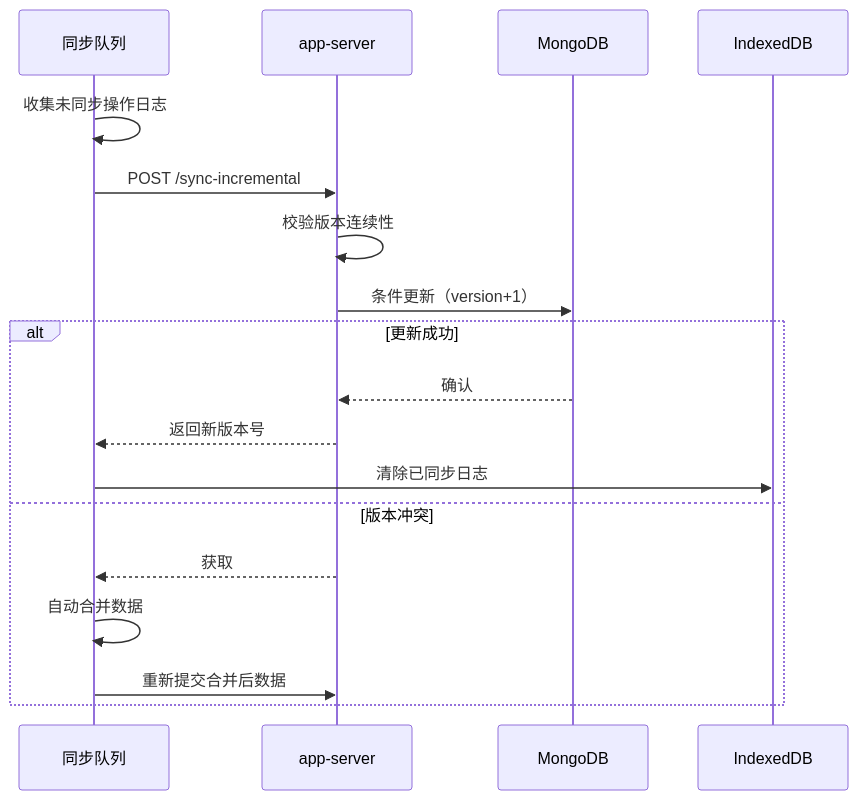
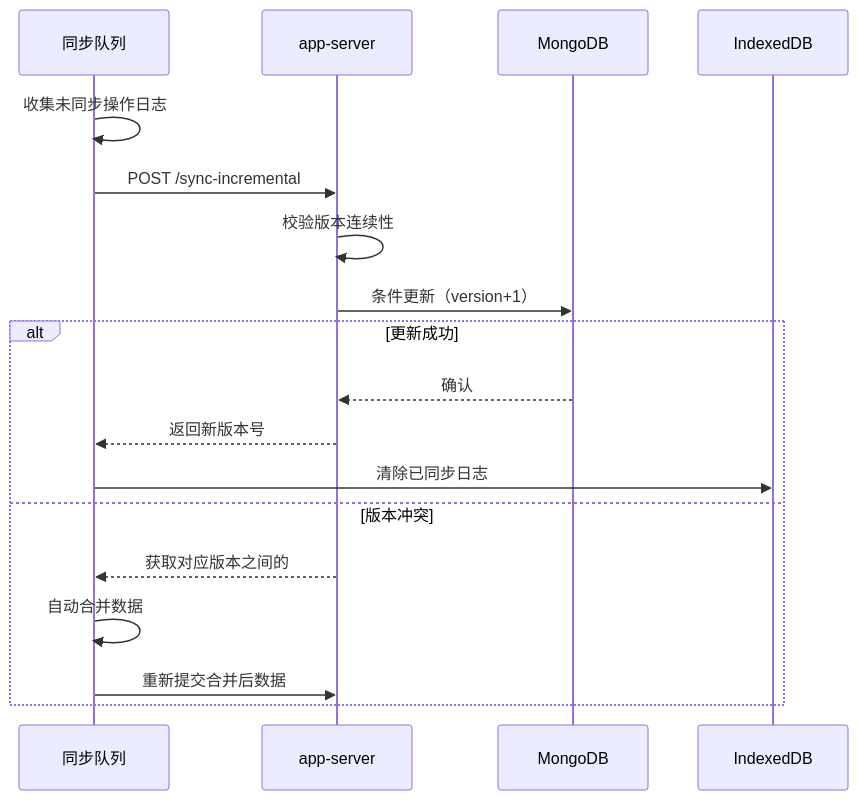
The diagram in all/未命名-24.md (yingjianzh/iodraw-files), drawn with Mermaid before and after one commit.

Commit message:
2025-02-24 10:49:40 update

````diff
--- a/all/未命名-24.md
+++ b/all/未命名-24.md
@@ -1,23 +1,23 @@
 ```mermaid
 
 sequenceDiagram
     participant 同步队列
     participant app-server
     participant MongoDB
 
 
     同步队列->>同步队列: 收集未同步操作日志
     同步队列->>app-server: POST /sync-incremental
     app-server->>app-server: 校验版本连续性
     app-server->>MongoDB: 条件更新（version+1）
     alt 更新成功
         MongoDB-->>app-server: 确认
         app-server-->>同步队列: 返回新版本号
         同步队列->>IndexedDB: 清除已同步日志
     else 版本冲突
-        app-server-->>同步队列: 获取
+        app-server-->>同步队列: 获取对应版本之间的
         同步队列->>同步队列: 自动合并数据
         同步队列->>app-server: 重新提交合并后数据
     end
 
 ```
````
